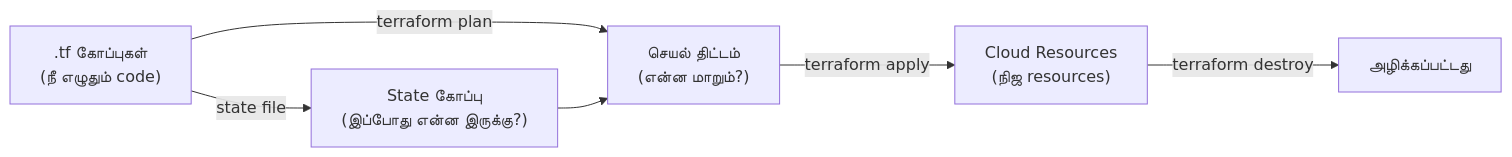
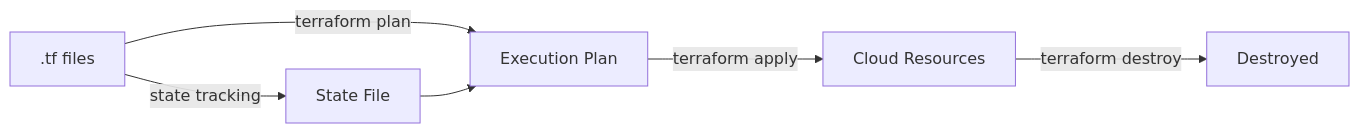
One commit to sanjaiAI/learning changed the diagram in terraform/module_01_fundamentals.md. Above: the diagram before and after it, drawn with Mermaid. The commit also changed other lines of this file and 1 other file, not shown here.

````diff
--- a/terraform/module_01_fundamentals.md
+++ b/terraform/module_01_fundamentals.md
@@ -160,8 +233,8 @@
 ```mermaid
 graph LR
-    CODE[".tf கோப்புகள்<br/>(நீ எழுதும் code)"] -->|terraform plan| PLAN["செயல் திட்டம்<br/>(என்ன மாறும்?)"]
-    PLAN -->|terraform apply| CLOUD["Cloud Resources<br/>(நிஜ resources)"]
-    CLOUD -->|terraform destroy| GONE["அழிக்கப்பட்டது"]
-    CODE -->|state file| STATE["State கோப்பு<br/>(இப்போது என்ன இருக்கு?)"]
+    CODE[".tf files"] -->|terraform plan| PLAN["Execution Plan"]
+    PLAN -->|terraform apply| CLOUD["Cloud Resources"]
+    CLOUD -->|terraform destroy| GONE["Destroyed"]
+    CODE -->|state tracking| STATE["State File"]
     STATE --> PLAN
 ```
````
